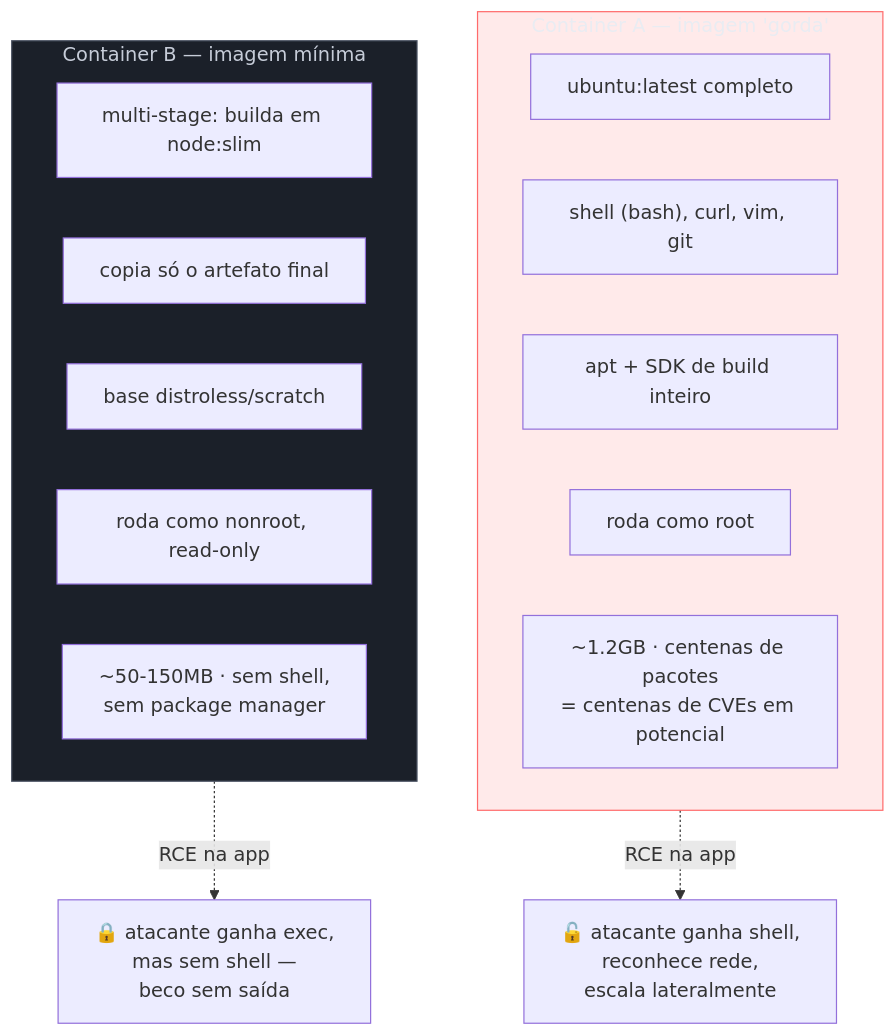
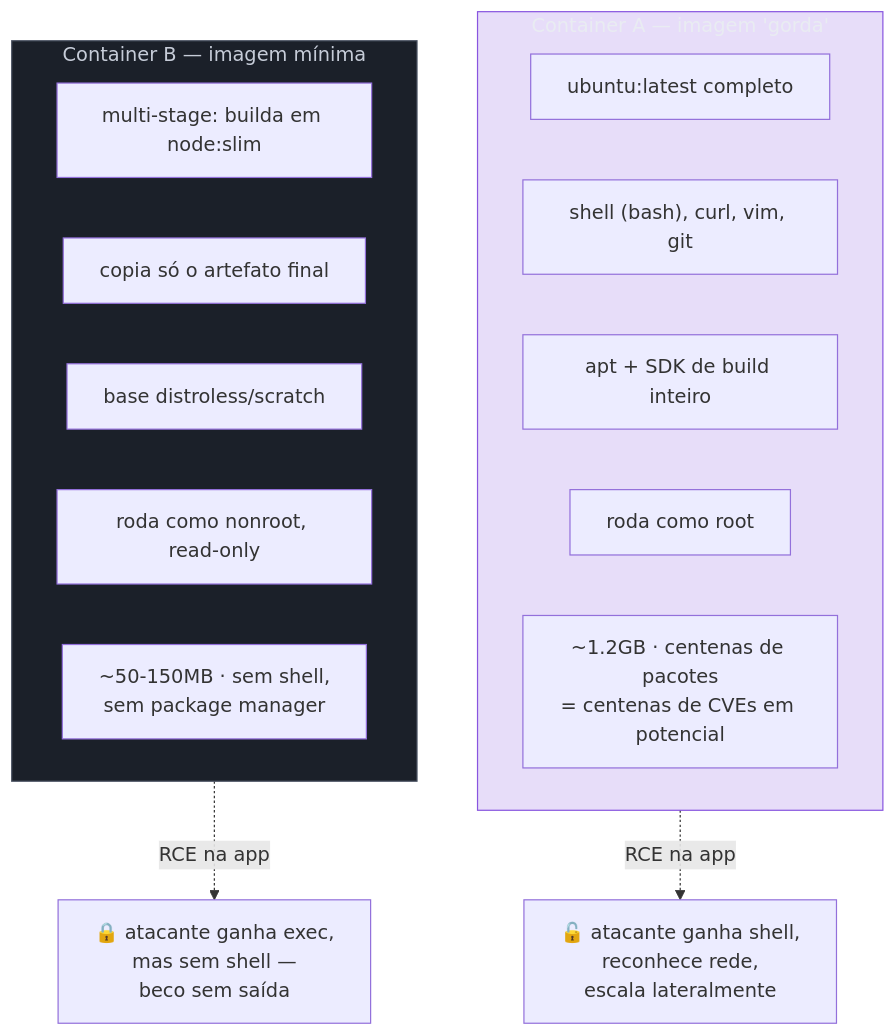
One commit to josenaldo/codex-technomanticus changed the first of 2 diagrams in 03-Dominios/Engenharia/Operação/3 - Rodar em produção/01 - Containers em produção.md. Above: the diagram before and after it, drawn with Mermaid. The commit also changed other lines of this file and 601 other files, not shown here.

````diff
--- a/03-Dominios/Engenharia/Operação/3 - Rodar em produção/01 - Containers em produção.md
+++ b/03-Dominios/Engenharia/Operação/3 - Rodar em produção/01 - Containers em produção.md
@@ -65,23 +65,23 @@
 ```mermaid
 graph TD
-    classDef falha fill:#FF6B6B24,stroke:#FF6B6B,color:#E9ECF2
+    classDef marca fill:#8855DF33,stroke:#8855DF,color:#E9ECF2
     classDef neutro fill:#1B2029,stroke:#4E5666,color:#C6CCD8
     subgraph GORDA["Container A — imagem 'gorda'"]
         G1["ubuntu:latest completo"]
         G2["shell (bash), curl, vim, git"]
         G3["apt + SDK de build inteiro"]
         G4["roda como root"]
         G5["~1.2GB · centenas de pacotes<br/>= centenas de CVEs em potencial"]
     end
     subgraph MINIMA["Container B — imagem mínima"]
         M1["multi-stage: builda em node:slim"]
         M2["copia só o artefato final"]
         M3["base distroless/scratch"]
         M4["roda como nonroot, read-only"]
         M5["~50-150MB · sem shell,<br/>sem package manager"]
     end
     GORDA -.->|"RCE na app"| SHELL["🔓 atacante ganha shell,<br/>reconhece rede,<br/>escala lateralmente"]
     MINIMA -.->|"RCE na app"| DEADEND["🔒 atacante ganha exec,<br/>mas sem shell —<br/>beco sem saída"]
-    class GORDA falha
+    class GORDA marca
     class MINIMA neutro
 ```
````
